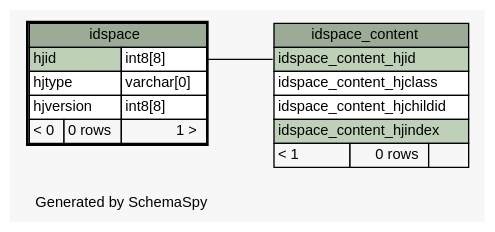
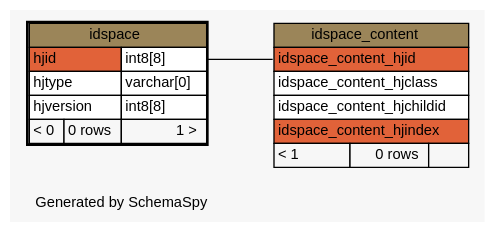
One commit to lmu-bioinformatics/xmlpipedb changed the diagram in site/docs/schemaspy/gmbuilderdb/diagrams/idspace.1degree.dot. Above: the diagram before and after it, drawn with Graphviz. The commit also changed 1111 other files, not shown here.

```diff
--- a/site/docs/schemaspy/gmbuilderdb/diagrams/idspace.1degree.dot
+++ b/site/docs/schemaspy/gmbuilderdb/diagrams/idspace.1degree.dot
@@ -1,48 +1,48 @@
 // dot 2.22.2 on Windows Vista 6.0
 // SchemaSpy rev 536
 digraph "oneDegreeRelationshipsDiagram" {
   graph [
     rankdir="RL"
     bgcolor="#f7f7f7"
     label="\nGenerated by SchemaSpy"
     labeljust="l"
     nodesep="0.18"
     ranksep="0.46"
     fontname="Helvetica"
     fontsize="11"
   ];
   node [
     fontname="Helvetica"
     fontsize="11"
     shape="plaintext"
   ];
   edge [
     arrowsize="0.8"
   ];
   "idspace_content":"idspace_content_hjid":w -> "idspace":"hjid.type":e [arrowhead=none arrowtail=crowodot];
   "idspace" [
     label=<
     <TABLE BORDER="2" CELLBORDER="1" CELLSPACING="0" BGCOLOR="#ffffff">
-      <TR><TD COLSPAN="3" BGCOLOR="#9bab96" ALIGN="CENTER">idspace</TD></TR>
-      <TR><TD PORT="hjid" COLSPAN="2" BGCOLOR="#bed1b8" ALIGN="LEFT">hjid</TD><TD PORT="hjid.type" ALIGN="LEFT">int8[8]</TD></TR>
+      <TR><TD COLSPAN="3" BGCOLOR="#9b8559" ALIGN="CENTER">idspace</TD></TR>
+      <TR><TD PORT="hjid" COLSPAN="2" BGCOLOR="#e16239" ALIGN="LEFT">hjid</TD><TD PORT="hjid.type" ALIGN="LEFT">int8[8]</TD></TR>
       <TR><TD PORT="hjtype" COLSPAN="2" ALIGN="LEFT">hjtype</TD><TD PORT="hjtype.type" ALIGN="LEFT">varchar[0]</TD></TR>
       <TR><TD PORT="hjversion" COLSPAN="2" ALIGN="LEFT">hjversion</TD><TD PORT="hjversion.type" ALIGN="LEFT">int8[8]</TD></TR>
       <TR><TD ALIGN="LEFT" BGCOLOR="#f7f7f7">&lt; 0</TD><TD ALIGN="RIGHT" BGCOLOR="#f7f7f7">0 rows</TD><TD ALIGN="RIGHT" BGCOLOR="#f7f7f7">1 &gt;</TD></TR>
     </TABLE>>
     URL="idspace.html"
     tooltip="idspace"
   ];
   "idspace_content" [
     label=<
     <TABLE BORDER="0" CELLBORDER="1" CELLSPACING="0" BGCOLOR="#ffffff">
-      <TR><TD COLSPAN="3" BGCOLOR="#9bab96" ALIGN="CENTER">idspace_content</TD></TR>
-      <TR><TD PORT="idspace_content_hjid" COLSPAN="3" BGCOLOR="#bed1b8" ALIGN="LEFT">idspace_content_hjid</TD></TR>
+      <TR><TD COLSPAN="3" BGCOLOR="#9b8559" ALIGN="CENTER">idspace_content</TD></TR>
+      <TR><TD PORT="idspace_content_hjid" COLSPAN="3" BGCOLOR="#e16239" ALIGN="LEFT">idspace_content_hjid</TD></TR>
       <TR><TD PORT="idspace_content_hjclass" COLSPAN="3" ALIGN="LEFT">idspace_content_hjclass</TD></TR>
       <TR><TD PORT="idspace_content_hjchildid" COLSPAN="3" ALIGN="LEFT">idspace_content_hjchildid</TD></TR>
-      <TR><TD PORT="idspace_content_hjindex" COLSPAN="3" BGCOLOR="#bed1b8" ALIGN="LEFT">idspace_content_hjindex</TD></TR>
+      <TR><TD PORT="idspace_content_hjindex" COLSPAN="3" BGCOLOR="#e16239" ALIGN="LEFT">idspace_content_hjindex</TD></TR>
       <TR><TD ALIGN="LEFT" BGCOLOR="#f7f7f7">&lt; 1</TD><TD ALIGN="RIGHT" BGCOLOR="#f7f7f7">0 rows</TD><TD ALIGN="RIGHT" BGCOLOR="#f7f7f7">  </TD></TR>
     </TABLE>>
     URL="idspace_content.html"
     tooltip="idspace_content"
   ];
 }
```
